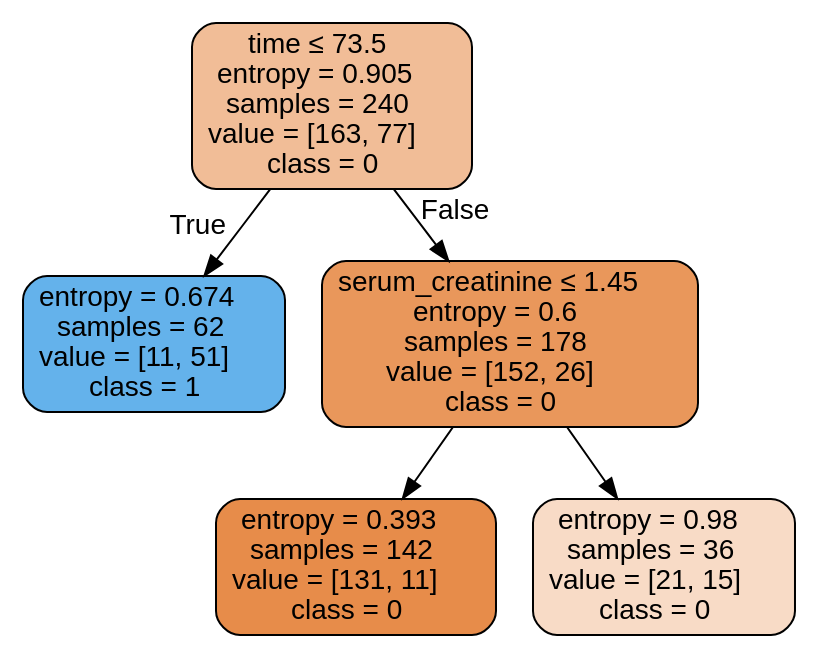
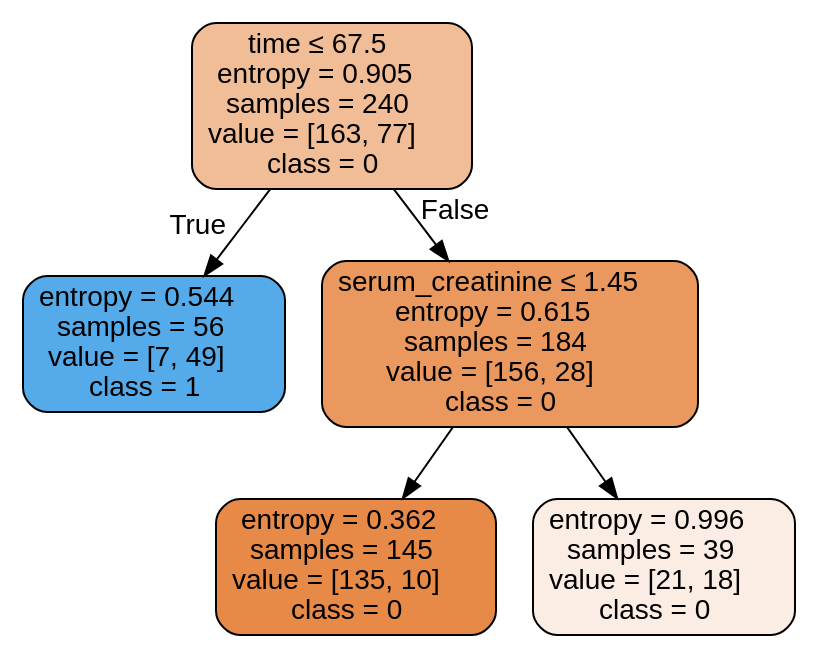
Before and after one commit to isabelSoares/CD-2021: the diagram in Labs/NewClassifiers/Results/DecisionTrees/Original/ - No Outliers/HFCR - Original - dtree.dot, drawn with Graphviz. The commit also changed 275 other files, not shown here.

```diff
--- a/Labs/NewClassifiers/Results/DecisionTrees/Original/ - No Outliers/HFCR - Original - dtree.dot
+++ b/Labs/NewClassifiers/Results/DecisionTrees/Original/ - No Outliers/HFCR - Original - dtree.dot
@@ -1,13 +1,13 @@
 digraph Tree {
 node [shape=box, style="filled, rounded", color="black", fontname=helvetica] ;
 edge [fontname=helvetica] ;
-0 [label=<time &le; 73.5<br/>entropy = 0.905<br/>samples = 240<br/>value = [163, 77]<br/>class = 0>, fillcolor="#f1bd97"] ;
-1 [label=<entropy = 0.674<br/>samples = 62<br/>value = [11, 51]<br/>class = 1>, fillcolor="#64b2eb"] ;
+0 [label=<time &le; 67.5<br/>entropy = 0.905<br/>samples = 240<br/>value = [163, 77]<br/>class = 0>, fillcolor="#f1bd97"] ;
+1 [label=<entropy = 0.544<br/>samples = 56<br/>value = [7, 49]<br/>class = 1>, fillcolor="#55abe9"] ;
 0 -> 1 [labeldistance=2.5, labelangle=45, headlabel="True"] ;
-2 [label=<serum_creatinine &le; 1.45<br/>entropy = 0.6<br/>samples = 178<br/>value = [152, 26]<br/>class = 0>, fillcolor="#e9975b"] ;
+2 [label=<serum_creatinine &le; 1.45<br/>entropy = 0.615<br/>samples = 184<br/>value = [156, 28]<br/>class = 0>, fillcolor="#ea985d"] ;
 0 -> 2 [labeldistance=2.5, labelangle=-45, headlabel="False"] ;
-3 [label=<entropy = 0.393<br/>samples = 142<br/>value = [131, 11]<br/>class = 0>, fillcolor="#e78c4a"] ;
+3 [label=<entropy = 0.362<br/>samples = 145<br/>value = [135, 10]<br/>class = 0>, fillcolor="#e78a48"] ;
 2 -> 3 ;
-4 [label=<entropy = 0.98<br/>samples = 36<br/>value = [21, 15]<br/>class = 0>, fillcolor="#f8dbc6"] ;
+4 [label=<entropy = 0.996<br/>samples = 39<br/>value = [21, 18]<br/>class = 0>, fillcolor="#fbede3"] ;
 2 -> 4 ;
 }
```
